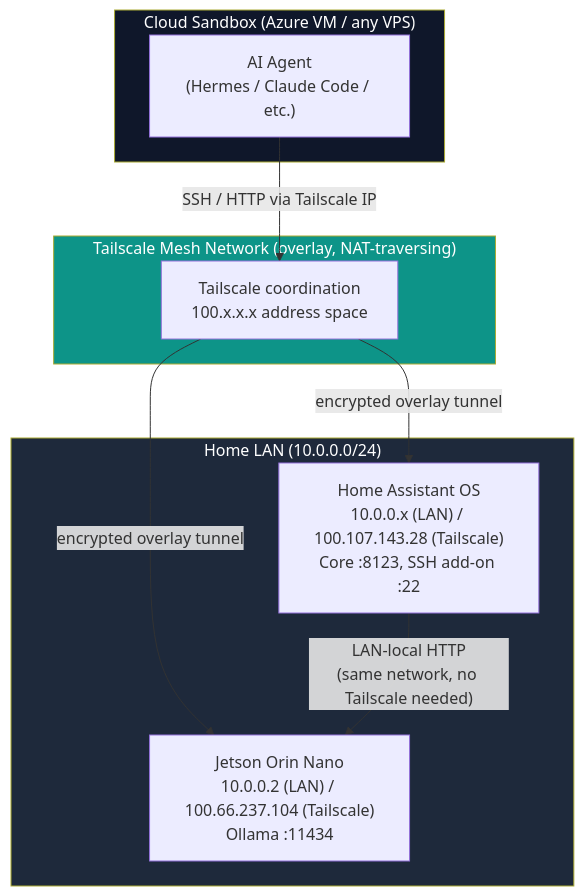
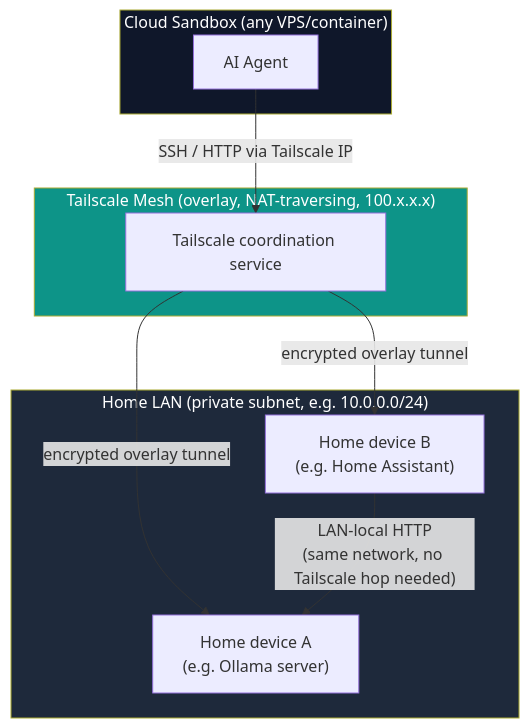
Before and after one commit to nagarjunr/developers-guide: the first of 5 diagrams in genai/tailscale-ollama-homeassistant-bridging.md, drawn with Mermaid. The commit also changed other lines of this file, not shown here.

````diff
--- a/genai/tailscale-ollama-homeassistant-bridging.md
+++ b/genai/tailscale-ollama-homeassistant-bridging.md
@@ -20,24 +19,24 @@
 ```mermaid
 flowchart TB
-    subgraph Cloud["Cloud Sandbox (Azure VM / any VPS)"]
-        Agent["AI Agent<br/>(Hermes / Claude Code / etc.)"]
+    subgraph Cloud["Cloud Sandbox (any VPS/container)"]
+        Agent["AI Agent"]
     end
 
-    subgraph Tailnet["Tailscale Mesh Network (overlay, NAT-traversing)"]
-        TS["Tailscale coordination<br/>100.x.x.x address space"]
+    subgraph Tailnet["Tailscale Mesh (overlay, NAT-traversing, 100.x.x.x)"]
+        TS["Tailscale coordination service"]
     end
 
-    subgraph HomeLAN["Home LAN (10.0.0.0/24)"]
-        Jetson["Jetson Orin Nano<br/>10.0.0.2 (LAN) / 100.66.237.104 (Tailscale)<br/>Ollama :11434"]
-        HA["Home Assistant OS<br/>10.0.0.x (LAN) / 100.107.143.28 (Tailscale)<br/>Core :8123, SSH add-on :22"]
+    subgraph HomeLAN["Home LAN (private subnet, e.g. 10.0.0.0/24)"]
+        DeviceA["Home device A<br/>(e.g. Ollama server)"]
+        DeviceB["Home device B<br/>(e.g. Home Assistant)"]
     end
 
     Agent -- "SSH / HTTP via Tailscale IP" --> TS
-    TS -- "encrypted overlay tunnel" --> Jetson
-    TS -- "encrypted overlay tunnel" --> HA
-    HA -- "LAN-local HTTP<br/>(same network, no Tailscale needed)" --> Jetson
+    TS -- "encrypted overlay tunnel" --> DeviceA
+    TS -- "encrypted overlay tunnel" --> DeviceB
+    DeviceB -- "LAN-local HTTP<br/>(same network, no Tailscale hop needed)" --> DeviceA
 
     style Cloud fill:#0f172a,color:#fff
     style Tailnet fill:#0d9488,color:#fff
     style HomeLAN fill:#1e293b,color:#fff
 ```
````
